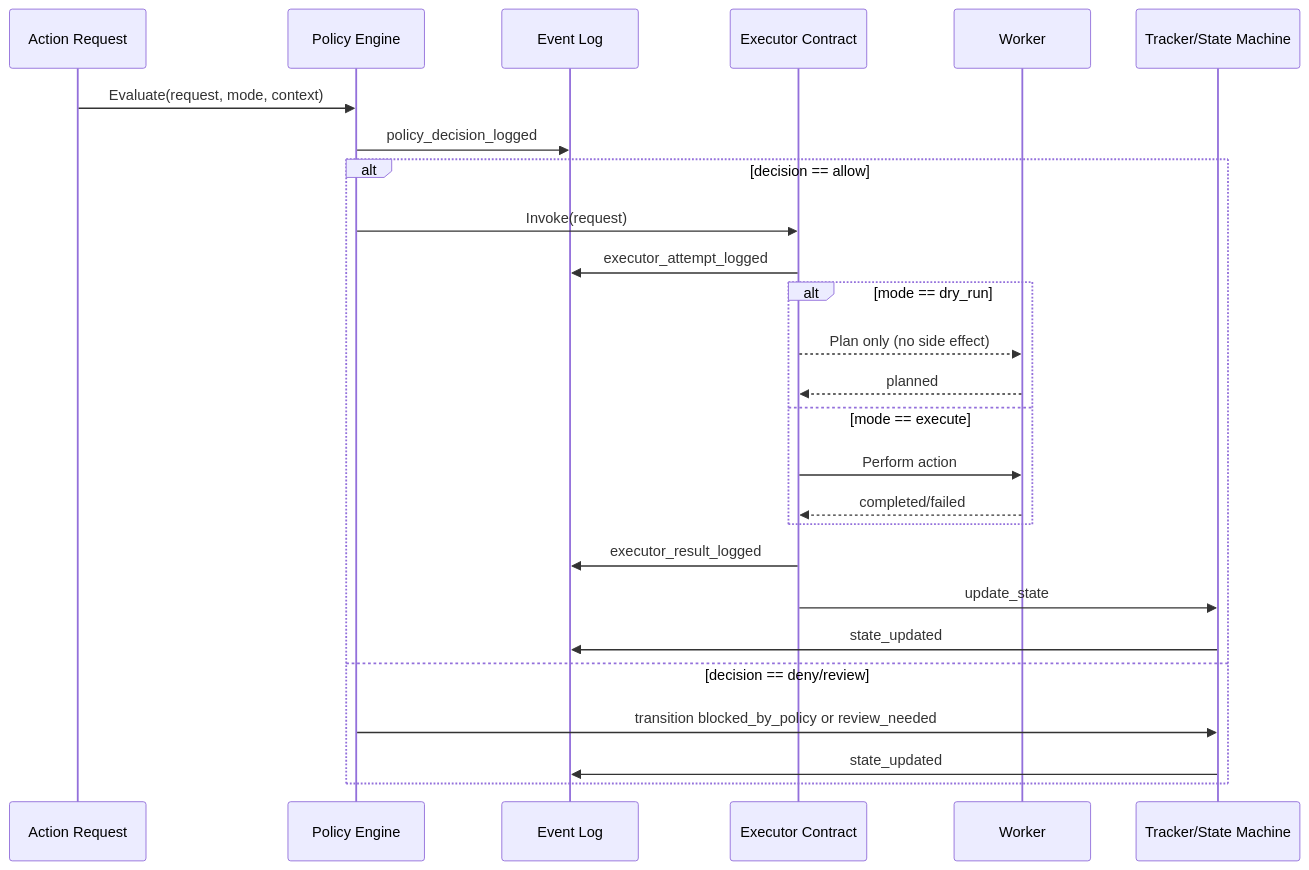
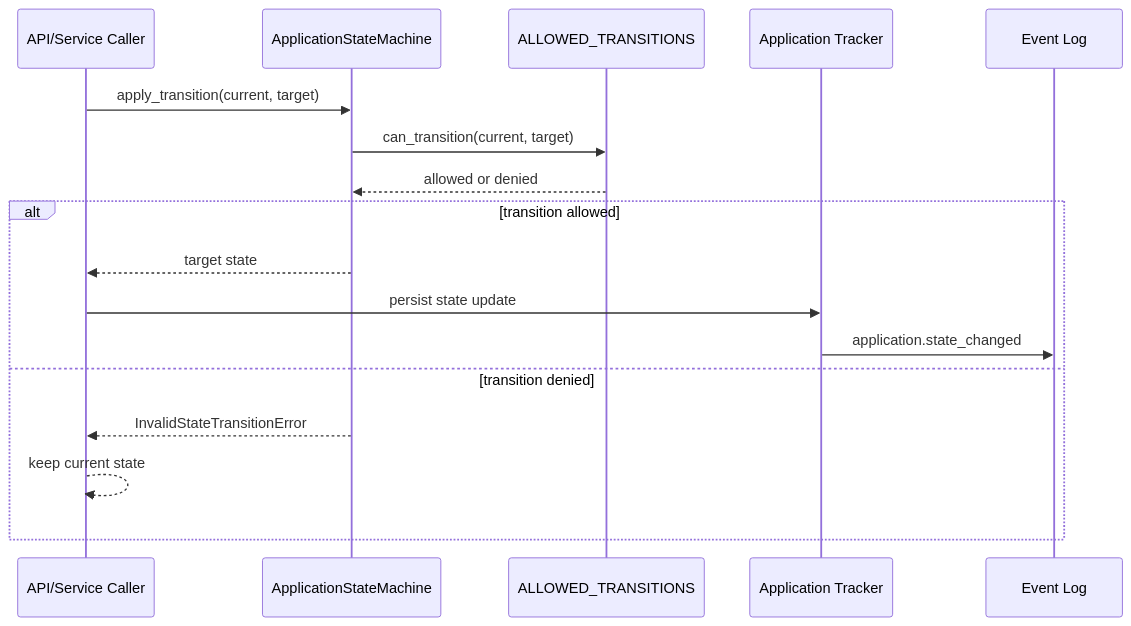
The diagram in docs/diagrams/execution-sequence.md (NicolayBang/ApplyGo), drawn with Mermaid before and after one commit. The commit also changed other lines of this file and 1 other file, not shown here.

Commit message:
docs: align diagrams with state machine foundation

````diff
--- a/docs/diagrams/execution-sequence.md
+++ b/docs/diagrams/execution-sequence.md
@@ -3,29 +3,21 @@
 ```mermaid
 sequenceDiagram
-    participant A as Action Request
-    participant P as Policy Engine
-    participant L as Event Log
-    participant E as Executor Contract
-    participant W as Worker
-    participant T as Tracker/State Machine
+    participant Caller as API/Service Caller
+    participant Machine as ApplicationStateMachine
+    participant Rules as ALLOWED_TRANSITIONS
+    participant Tracker as Application Tracker
+    participant Log as Event Log
 
-    A->>P: Evaluate(request, mode, context)
-    P->>L: policy_decision_logged
-    alt decision == allow
-        P->>E: Invoke(request)
-        E->>L: executor_attempt_logged
-        alt mode == dry_run
-            E-->>W: Plan only (no side effect)
-            W-->>E: planned
-        else mode == execute
-            E->>W: Perform action
-            W-->>E: completed/failed
-        end
-        E->>L: executor_result_logged
-        E->>T: update_state
-        T->>L: state_updated
-    else decision == deny/review
-        P->>T: transition blocked_by_policy or review_needed
-        T->>L: state_updated
+    Caller->>Machine: apply_transition(current, target)
+    Machine->>Rules: can_transition(current, target)
+    Rules-->>Machine: allowed or denied
+
+    alt transition allowed
+        Machine-->>Caller: target state
+        Caller->>Tracker: persist state update
+        Tracker->>Log: application.state_changed
+    else transition denied
+        Machine-->>Caller: InvalidStateTransitionError
+        Caller-->>Caller: keep current state
     end
 ```
````
